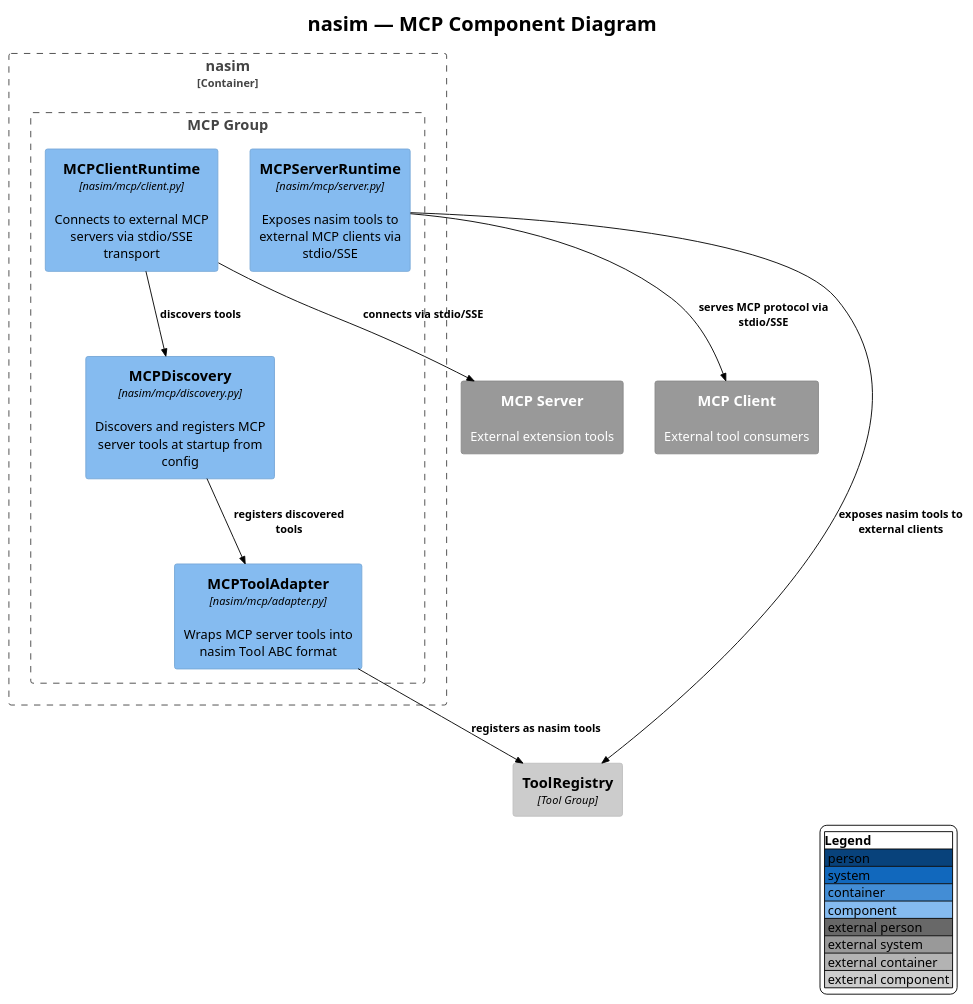
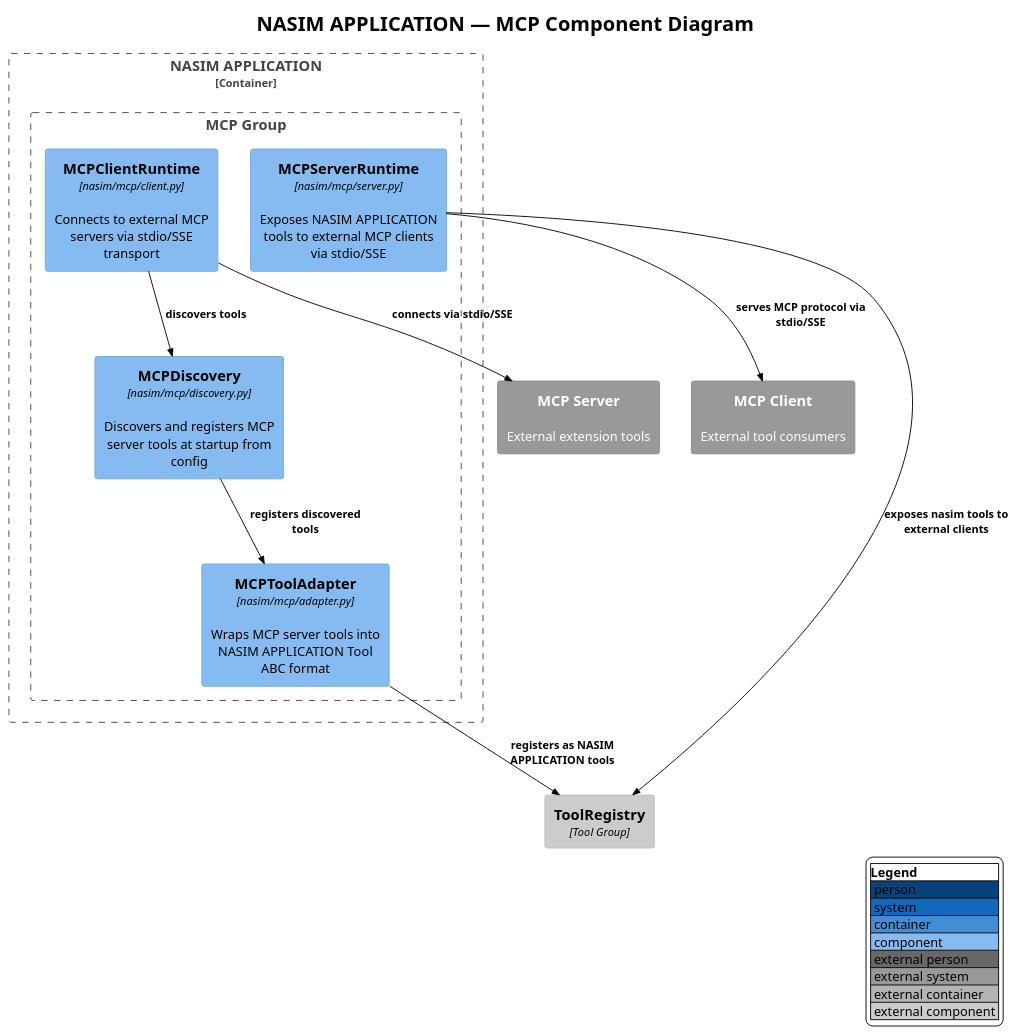
Before and after one commit to salimnamvar/nasim: the diagram in docs/C4/c4_nasim_component_mcp.puml, drawn with PlantUML. The commit also changed 21 other files, not shown here.

Commit message:
docs: Update C4 diagrams to reflect NASIM APPLICATION branding and improve consistency

```diff
--- a/docs/C4/c4_nasim_component_mcp.puml
+++ b/docs/C4/c4_nasim_component_mcp.puml
@@ -1,39 +1,39 @@
 @startuml c4_nasim_component_mcp
 !include https://raw.githubusercontent.com/plantuml-stdlib/C4-PlantUML/v2.10.0/C4_Component.puml
 !theme plain
 
 
 ' ============================================================
-' Title:     nasim — MCP Component Diagram
-' Boundary:  nasim (container) — MCP Group
+' Title:     NASIM APPLICATION — MCP Component Diagram
+' Boundary:  NASIM APPLICATION (container) — MCP Group
 ' Purpose:   Model Context Protocol as first-class subsystem
 ' Milestone: v1.0
 ' Version:   9.0.0
 ' Source:    docs/prompt/p1.md — corrective architecture review
 ' Review:    docs/audit/audit.2026.06.20.comprehensive.reference.audit.md
 ' ============================================================
 
 LAYOUT_WITH_LEGEND()
-title nasim — MCP Component Diagram
+title NASIM APPLICATION — MCP Component Diagram
 
-Container_Boundary(nasim, "nasim") {
+Container_Boundary(nasim_application, "NASIM APPLICATION") {
     Boundary(mcp_group, "MCP Group") {
         Component(mcp_client_rt, "MCPClientRuntime", "nasim/mcp/client.py", "Connects to external MCP servers via stdio/SSE transport")
-        Component(mcp_server_rt, "MCPServerRuntime", "nasim/mcp/server.py", "Exposes nasim tools to external MCP clients via stdio/SSE")
-        Component(mcp_tool_adapter, "MCPToolAdapter", "nasim/mcp/adapter.py", "Wraps MCP server tools into nasim Tool ABC format")
+        Component(mcp_server_rt, "MCPServerRuntime", "nasim/mcp/server.py", "Exposes NASIM APPLICATION tools to external MCP clients via stdio/SSE")
+        Component(mcp_tool_adapter, "MCPToolAdapter", "nasim/mcp/adapter.py", "Wraps MCP server tools into NASIM APPLICATION Tool ABC format")
         Component(mcp_discovery, "MCPDiscovery", "nasim/mcp/discovery.py", "Discovers and registers MCP server tools at startup from config")
     }
 }
 
 System_Ext(mcp_server, "MCP Server", "External extension tools")
 System_Ext(mcp_client, "MCP Client", "External tool consumers")
 Component_Ext(tool_registry, "ToolRegistry", "Tool Group")
 
 Rel(mcp_client_rt, mcp_server, "connects via stdio/SSE")
 Rel(mcp_client_rt, mcp_discovery, "discovers tools")
 Rel(mcp_discovery, mcp_tool_adapter, "registers discovered tools")
-Rel(mcp_tool_adapter, tool_registry, "registers as nasim tools")
+Rel(mcp_tool_adapter, tool_registry, "registers as NASIM APPLICATION tools")
 Rel(mcp_server_rt, tool_registry, "exposes nasim tools to external clients")
 Rel(mcp_server_rt, mcp_client, "serves MCP protocol via stdio/SSE")
 
 @enduml
```
